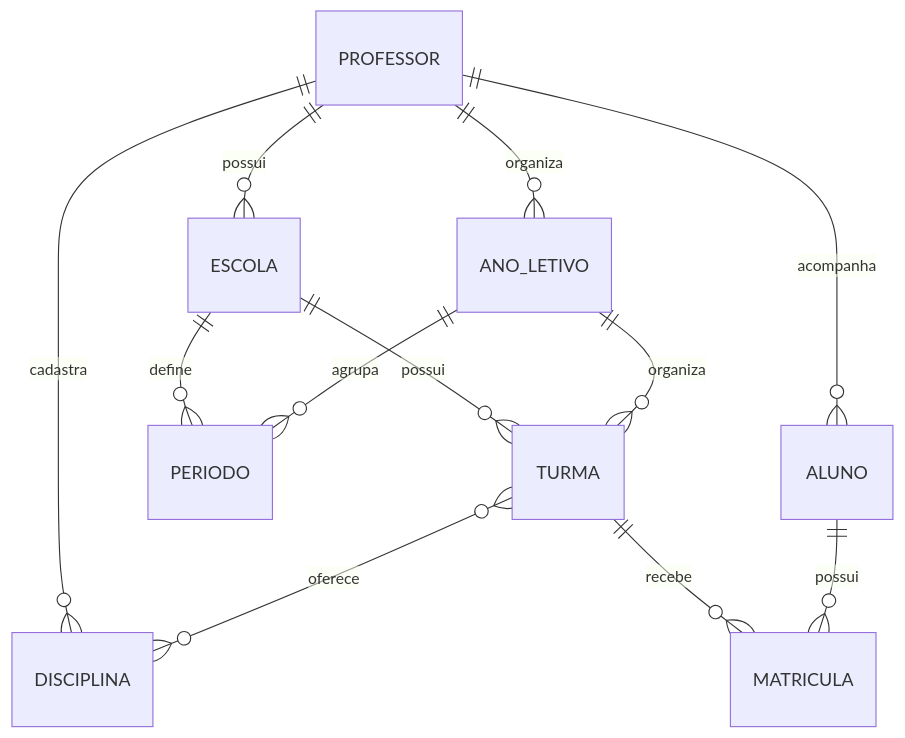
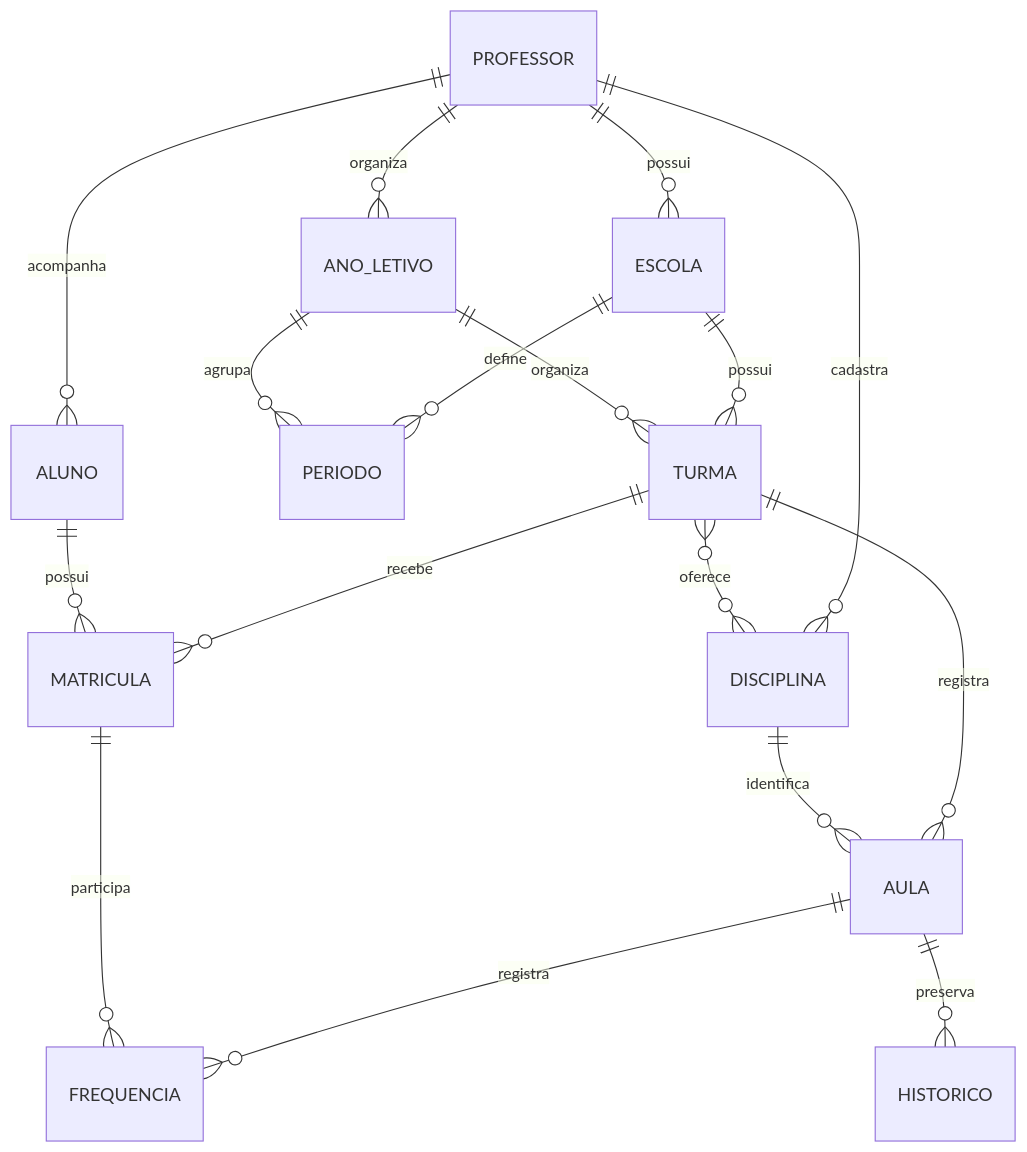
Before and after one commit to fredhansenads/projeto2-diarioProfessor: the diagram in docs/ARQUITETURA.md, drawn with Mermaid. The commit also changed other lines of this file and 27 other files, not shown here.

Commit message:
feat: implementa aulas conteudos e frequencia por aula

````diff
--- a/docs/ARQUITETURA.md
+++ b/docs/ARQUITETURA.md
@@ -17,14 +17,19 @@
 ```mermaid
 erDiagram
     PROFESSOR ||--o{ ESCOLA : possui
     PROFESSOR ||--o{ ANO_LETIVO : organiza
     PROFESSOR ||--o{ DISCIPLINA : cadastra
     PROFESSOR ||--o{ ALUNO : acompanha
     ESCOLA ||--o{ PERIODO : define
     ANO_LETIVO ||--o{ PERIODO : agrupa
     ESCOLA ||--o{ TURMA : possui
     ANO_LETIVO ||--o{ TURMA : organiza
     TURMA }o--o{ DISCIPLINA : oferece
     TURMA ||--o{ MATRICULA : recebe
     ALUNO ||--o{ MATRICULA : possui
+    TURMA ||--o{ AULA : registra
+    DISCIPLINA ||--o{ AULA : identifica
+    AULA ||--o{ FREQUENCIA : registra
+    MATRICULA ||--o{ FREQUENCIA : participa
+    AULA ||--o{ HISTORICO : preserva
 ```
````
